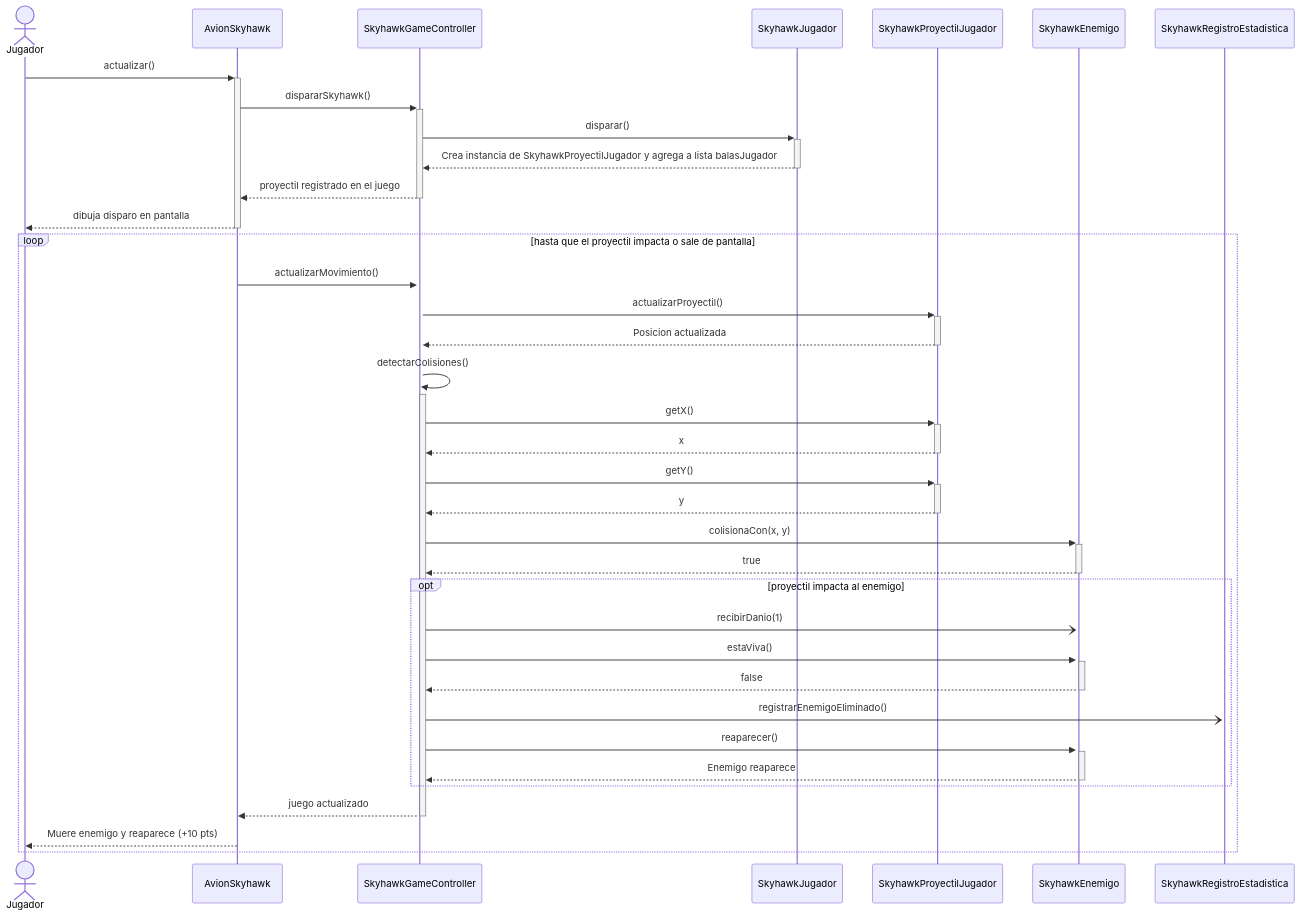
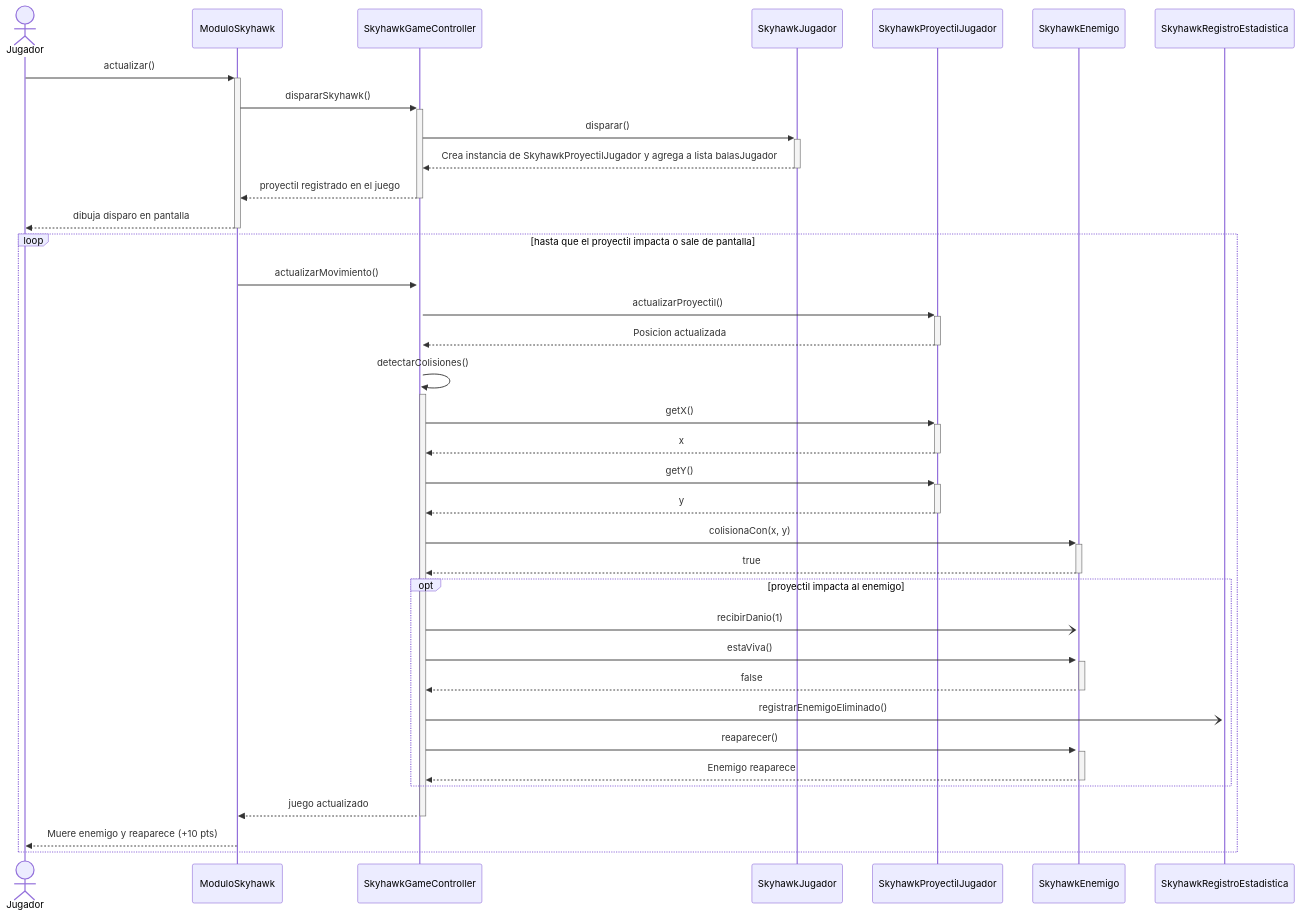
One commit to chiaraarego/Grupo-2---Skyhawk changed the third of 6 diagrams in Diagramas/diagram_Secuencias_Actualizados.md. Above: the diagram before and after it, drawn with Mermaid. The commit also changed other lines of this file, not shown here.

````diff
--- a/Diagramas/diagram_Secuencias_Actualizados.md
+++ b/Diagramas/diagram_Secuencias_Actualizados.md
@@ -78,58 +78,58 @@
 ```mermaid
 sequenceDiagram
     actor Jugador
 
-    participant AvionSkyhawk
+    participant ModuloSkyhawk
     participant SkyhawkGameController
     participant SkyhawkJugador
     participant SkyhawkProyectilJugador
     participant SkyhawkEnemigo
     participant SkyhawkRegistroEstadistica
 
-    Jugador ->> +AvionSkyhawk : actualizar()
+    Jugador ->> +ModuloSkyhawk : actualizar()
 
-    AvionSkyhawk ->> +SkyhawkGameController : dispararSkyhawk()
+    ModuloSkyhawk ->> +SkyhawkGameController : dispararSkyhawk()
 
     SkyhawkGameController ->> +SkyhawkJugador : disparar()
     SkyhawkJugador -->> -SkyhawkGameController : Crea instancia de SkyhawkProyectilJugador y agrega a lista balasJugador
 
-    SkyhawkGameController -->> -AvionSkyhawk : proyectil registrado en el juego
+    SkyhawkGameController -->> -ModuloSkyhawk : proyectil registrado en el juego
 
-    AvionSkyhawk -->> -Jugador : dibuja disparo en pantalla
+    ModuloSkyhawk -->> -Jugador : dibuja disparo en pantalla
 
     loop hasta que el proyectil impacta o sale de pantalla
-        AvionSkyhawk ->> +SkyhawkGameController : actualizarMovimiento()
+        ModuloSkyhawk ->> +SkyhawkGameController : actualizarMovimiento()
 
         SkyhawkGameController ->> +SkyhawkProyectilJugador : actualizarProyectil()
         SkyhawkProyectilJugador -->> -SkyhawkGameController : Posicion actualizada
 
         SkyhawkGameController ->> +SkyhawkGameController : detectarColisiones()
 
         SkyhawkGameController ->> +SkyhawkProyectilJugador : getX()
         SkyhawkProyectilJugador -->> -SkyhawkGameController : x
 
         SkyhawkGameController ->> +SkyhawkProyectilJugador : getY()
         SkyhawkProyectilJugador -->> -SkyhawkGameController : y
 
         SkyhawkGameController ->> +SkyhawkEnemigo : colisionaCon(x, y)
         SkyhawkEnemigo -->> -SkyhawkGameController : true
 
         opt proyectil impacta al enemigo
             SkyhawkGameController -) +SkyhawkEnemigo : recibirDanio(1)
             
             SkyhawkGameController ->> +SkyhawkEnemigo : estaViva()
             SkyhawkEnemigo -->> -SkyhawkGameController : false
 
             SkyhawkGameController -) +SkyhawkRegistroEstadistica : registrarEnemigoEliminado()
             SkyhawkGameController ->> +SkyhawkEnemigo : reaparecer()
             SkyhawkEnemigo -->> -SkyhawkGameController : Enemigo reaparece
             
         end
 
 
-        SkyhawkGameController -->> -AvionSkyhawk : juego actualizado
+        SkyhawkGameController -->> -ModuloSkyhawk : juego actualizado
         
         %% Respuesta visual en cada vuelta del loop para avisar al jugador
-            AvionSkyhawk -->> Jugador : Muere enemigo y reaparece (+10 pts)
+            ModuloSkyhawk -->> Jugador : Muere enemigo y reaparece (+10 pts)
     end
 ```
````
